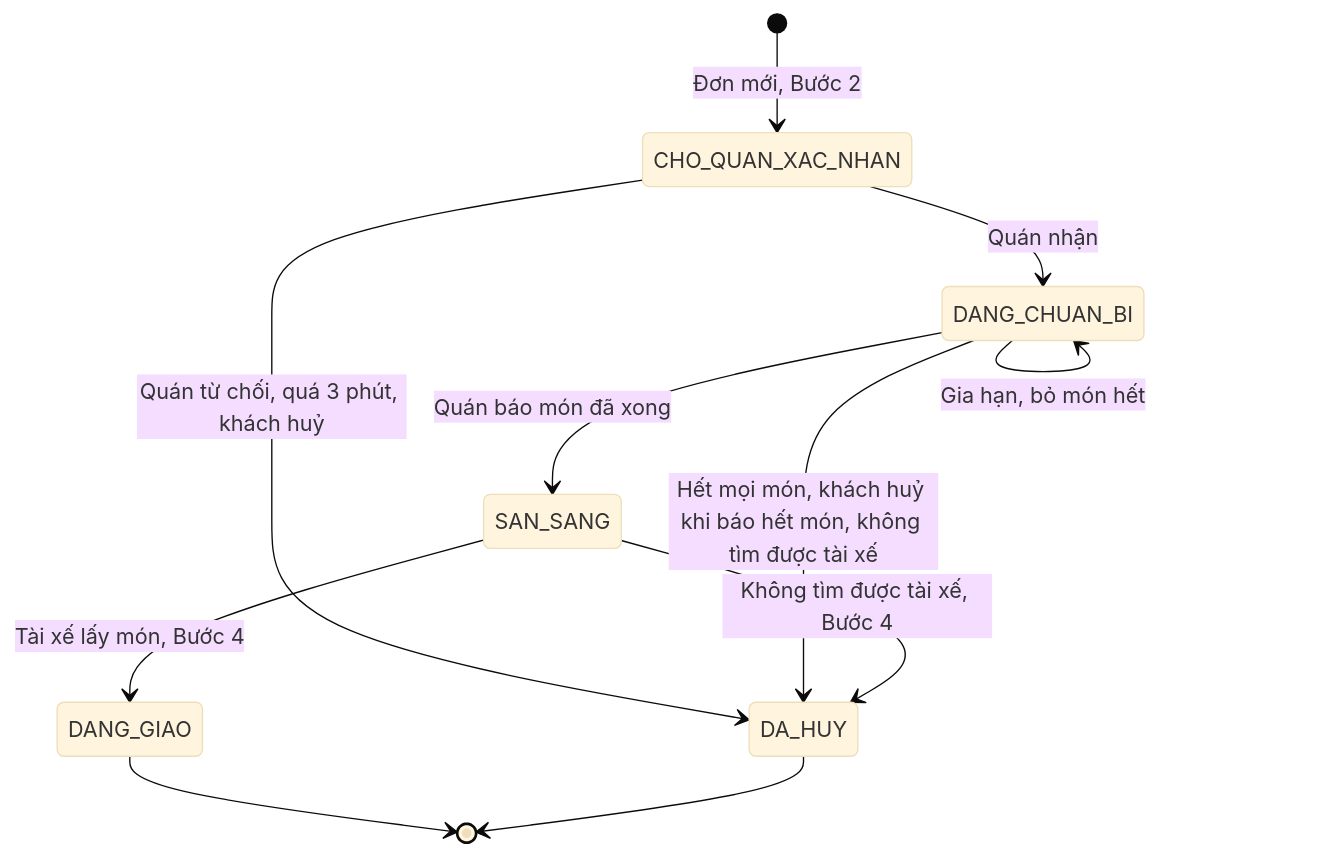
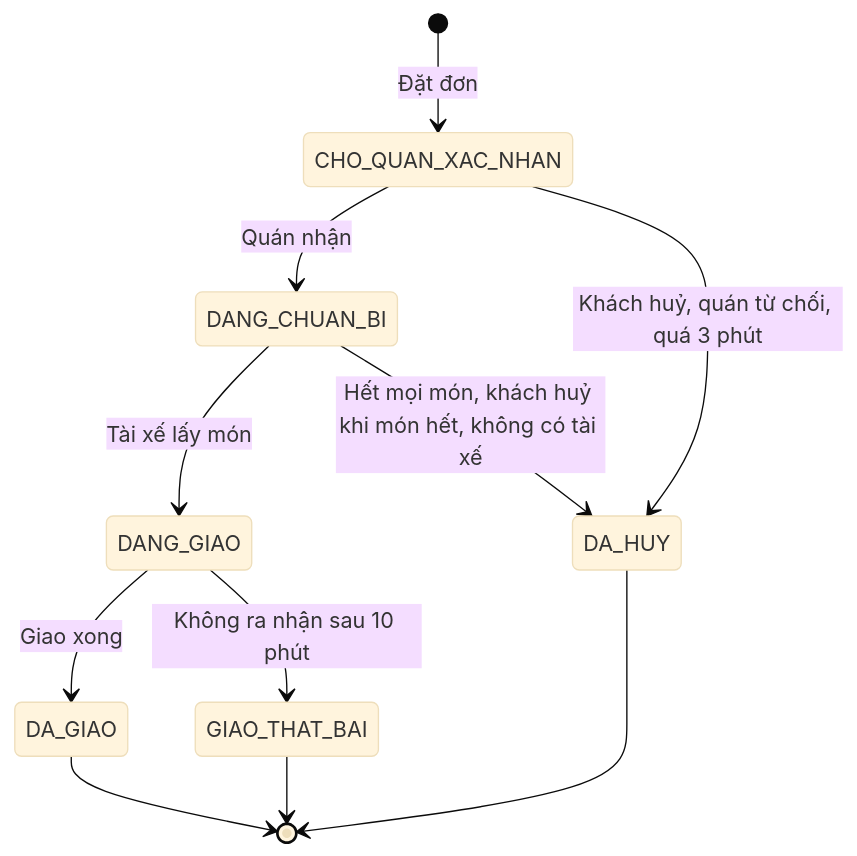
The third of 15 diagrams in docs/SRS.md (uxfoundation-vn/de06-dat-ship-do-an), drawn with Mermaid (base theme) before and after one commit. The commit also changed other lines of this file and 2 other files, not shown here.

First line of the commit message:
Đề 6: chỉ giữ luồng của khách

````diff
--- a/docs/SRS.md
+++ b/docs/SRS.md
@@ -173,13 +155,13 @@
 ```mermaid
 stateDiagram-v2
-  [*] --> CHO_QUAN_XAC_NHAN : Đơn mới, Bước 2
+  [*] --> CHO_QUAN_XAC_NHAN : Đặt đơn
   CHO_QUAN_XAC_NHAN --> DANG_CHUAN_BI : Quán nhận
-  CHO_QUAN_XAC_NHAN --> DA_HUY : Quán từ chối, quá 3 phút, khách huỷ
-  DANG_CHUAN_BI --> DANG_CHUAN_BI : Gia hạn, bỏ món hết
-  DANG_CHUAN_BI --> DA_HUY : Hết mọi món, khách huỷ khi báo hết món, không tìm được tài xế
-  DANG_CHUAN_BI --> SAN_SANG : Quán báo món đã xong
-  SAN_SANG --> DANG_GIAO : Tài xế lấy món, Bước 4
-  SAN_SANG --> DA_HUY : Không tìm được tài xế, Bước 4
-  DANG_GIAO --> [*]
+  CHO_QUAN_XAC_NHAN --> DA_HUY : Khách huỷ, quán từ chối, quá 3 phút
+  DANG_CHUAN_BI --> DANG_GIAO : Tài xế lấy món
+  DANG_CHUAN_BI --> DA_HUY : Hết mọi món, khách huỷ khi món hết, không có tài xế
+  DANG_GIAO --> DA_GIAO : Giao xong
+  DANG_GIAO --> GIAO_THAT_BAI : Không ra nhận sau 10 phút
+  DA_GIAO --> [*]
+  GIAO_THAT_BAI --> [*]
   DA_HUY --> [*]
 ```
````
